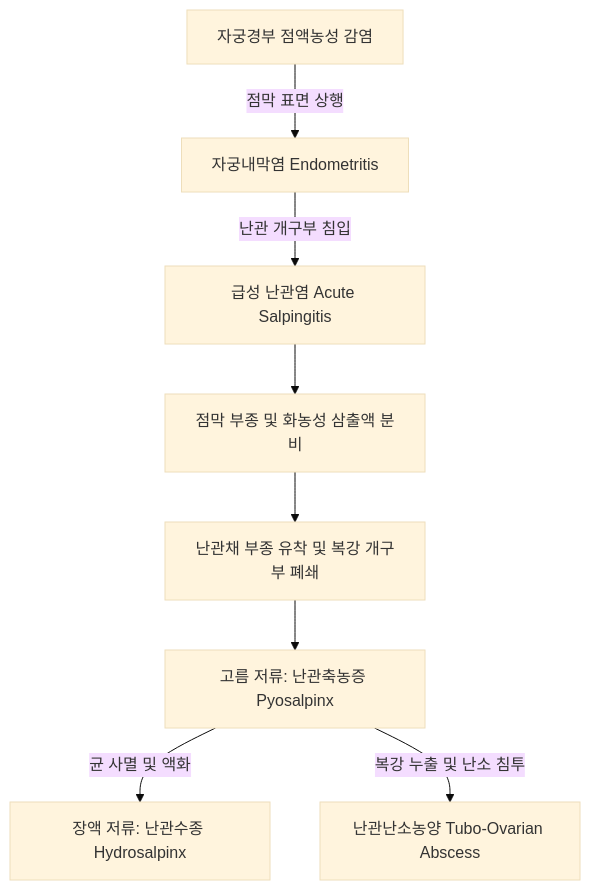
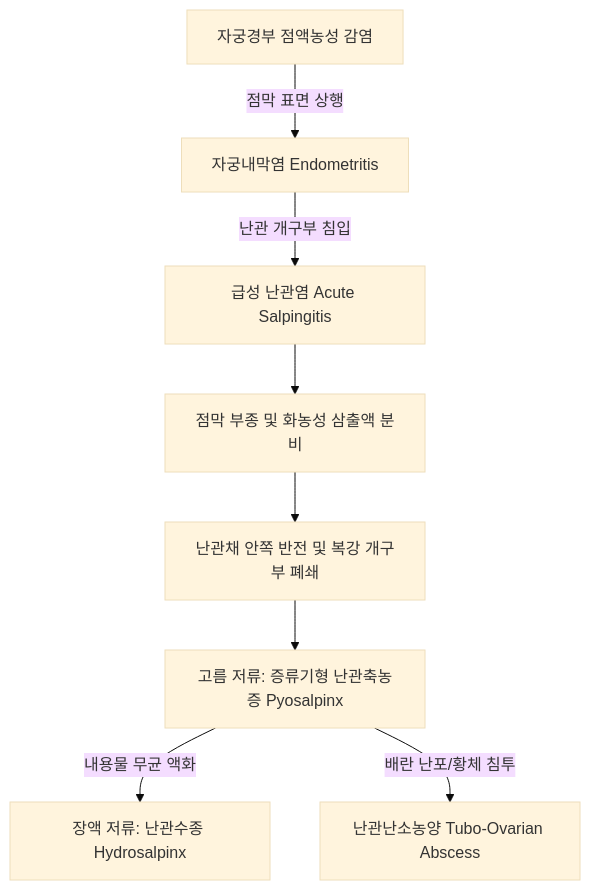
One commit to simbio11/simbio-digital-garden2 changed the diagram in content/5. 독서, 노트/독서/네터해부학/Vol1_생식기계/Day09_난관_해부생리_난관염_골반염증성질환_난관암.md. Above: the diagram before and after it, drawn with Mermaid (base theme). The commit also changed other lines of this file and 7 other files, not shown here.

````diff
--- a/content/5. 독서, 노트/독서/네터해부학/Vol1_생식기계/Day09_난관_해부생리_난관염_골반염증성질환_난관암.md
+++ b/content/5. 독서, 노트/독서/네터해부학/Vol1_생식기계/Day09_난관_해부생리_난관염_골반염증성질환_난관암.md
@@ -137,12 +186,10 @@
 ```mermaid
 graph TD
   Cervix[자궁경부 점액농성 감염] -->|점막 표면 상행| Endometrium[자궁내막염 Endometritis]
   Endometrium -->|난관 개구부 침입| Endosalpinx[급성 난관염 Acute Salpingitis]
-  
   Endosalpinx --> Edema[점막 부종 및 화농성 삼출액 분비]
-  Edema --> FimbrialClosure[난관채 부종 유착 및 복강 개구부 폐쇄]
-  FimbrialClosure --> Pyosalpinx[고름 저류: 난관축농증 Pyosalpinx]
-  
-  Pyosalpinx -->|균 사멸 및 액화| Hydrosalpinx[장액 저류: 난관수종 Hydrosalpinx]
-  Pyosalpinx -->|복강 누출 및 난소 침투| TOA[난관난소농양 Tubo-Ovarian Abscess]
+  Edema --> FimbrialClosure[난관채 안쪽 반전 및 복강 개구부 폐쇄]
+  FimbrialClosure --> Pyosalpinx[고름 저류: 증류기형 난관축농증 Pyosalpinx]
+  Pyosalpinx -->|내용물 무균 액화| Hydrosalpinx[장액 저류: 난관수종 Hydrosalpinx]
+  Pyosalpinx -->|배란 난포/황체 침투| TOA[난관난소농양 Tubo-Ovarian Abscess]
 ```
````
